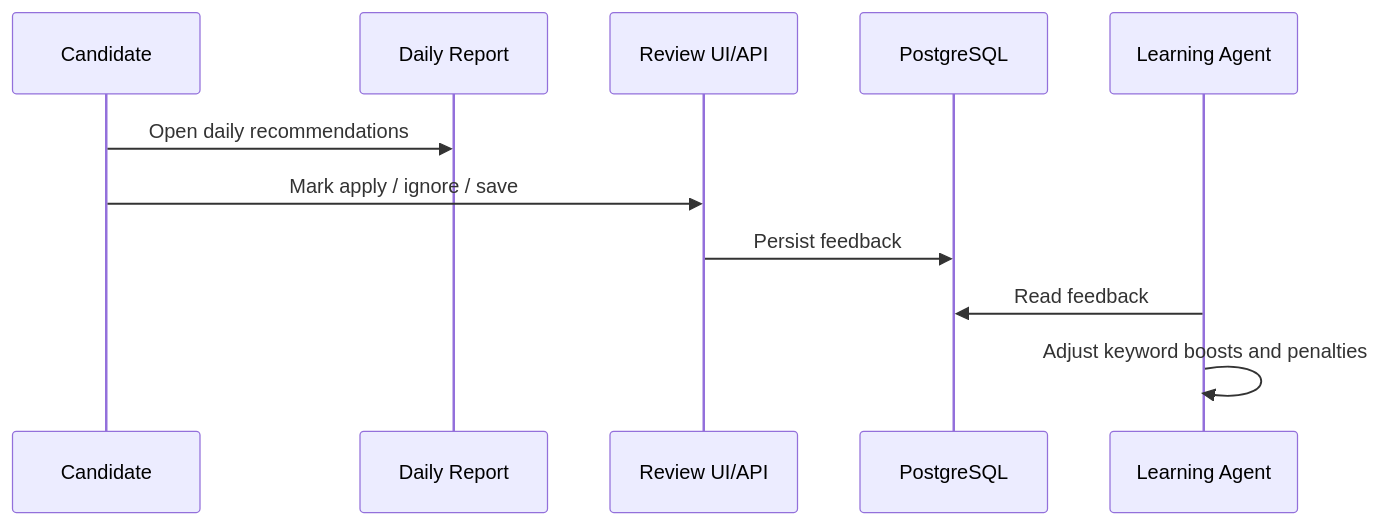
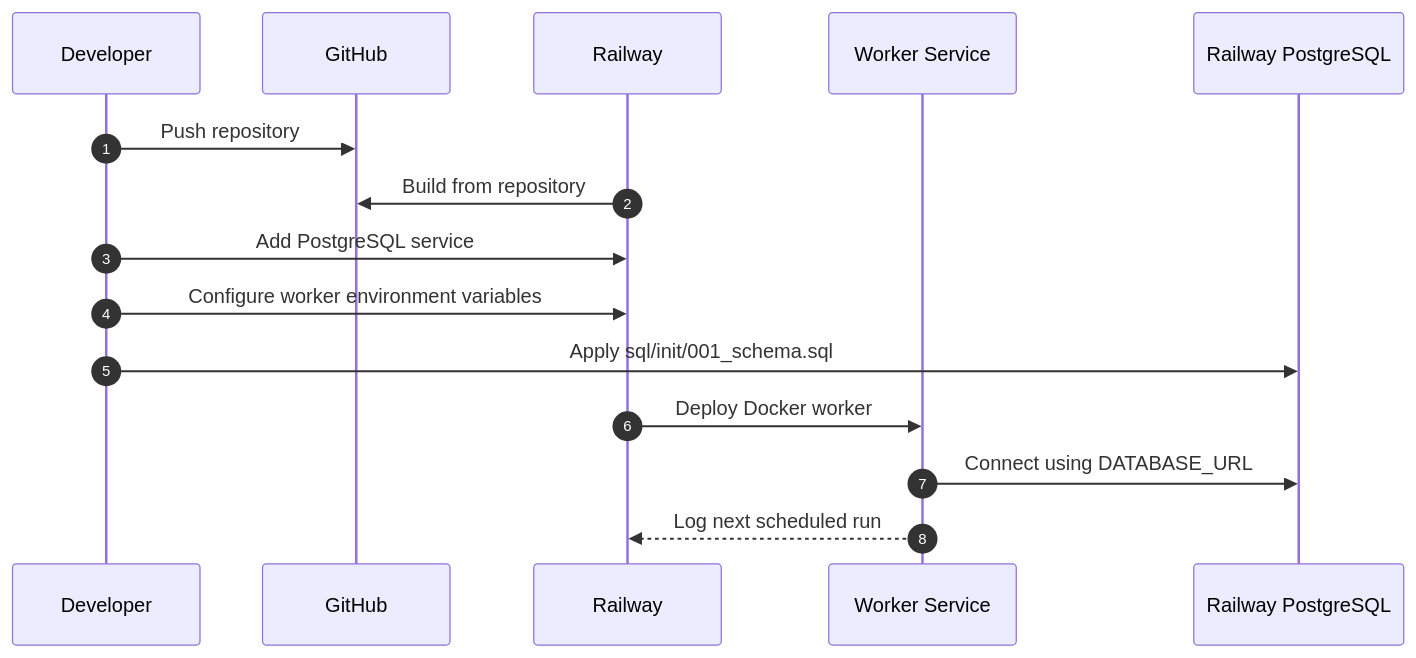
One commit to ekanatha-urivakili/AiJobSearchAgent changed the seventh of 7 diagrams in docs/job-search-agent-architecture.md. Above: the diagram before and after it, drawn with Mermaid. The commit also changed other lines of this file and 21 other files, not shown here.

````diff
--- a/docs/job-search-agent-architecture.md
+++ b/docs/job-search-agent-architecture.md
@@ -466,14 +225,18 @@
 ```mermaid
 sequenceDiagram
-    participant User as Candidate
-    participant Report as Daily Report
-    participant App as Review UI/API
-    participant Db as PostgreSQL
-    participant Agent as Learning Agent
+    autonumber
+    participant Dev as Developer
+    participant GitHub
+    participant Railway
+    participant Worker as Worker Service
+    participant PG as Railway PostgreSQL
 
-    User->>Report: Open daily recommendations
-    User->>App: Mark apply / ignore / save
-    App->>Db: Persist feedback
-    Agent->>Db: Read feedback
-    Agent->>Agent: Adjust keyword boosts and penalties
+    Dev->>GitHub: Push repository
+    Railway->>GitHub: Build from repository
+    Dev->>Railway: Add PostgreSQL service
+    Dev->>Railway: Configure worker environment variables
+    Dev->>PG: Apply sql/init/001_schema.sql
+    Railway->>Worker: Deploy Docker worker
+    Worker->>PG: Connect using DATABASE_URL
+    Worker-->>Railway: Log next scheduled run
 ```
````
